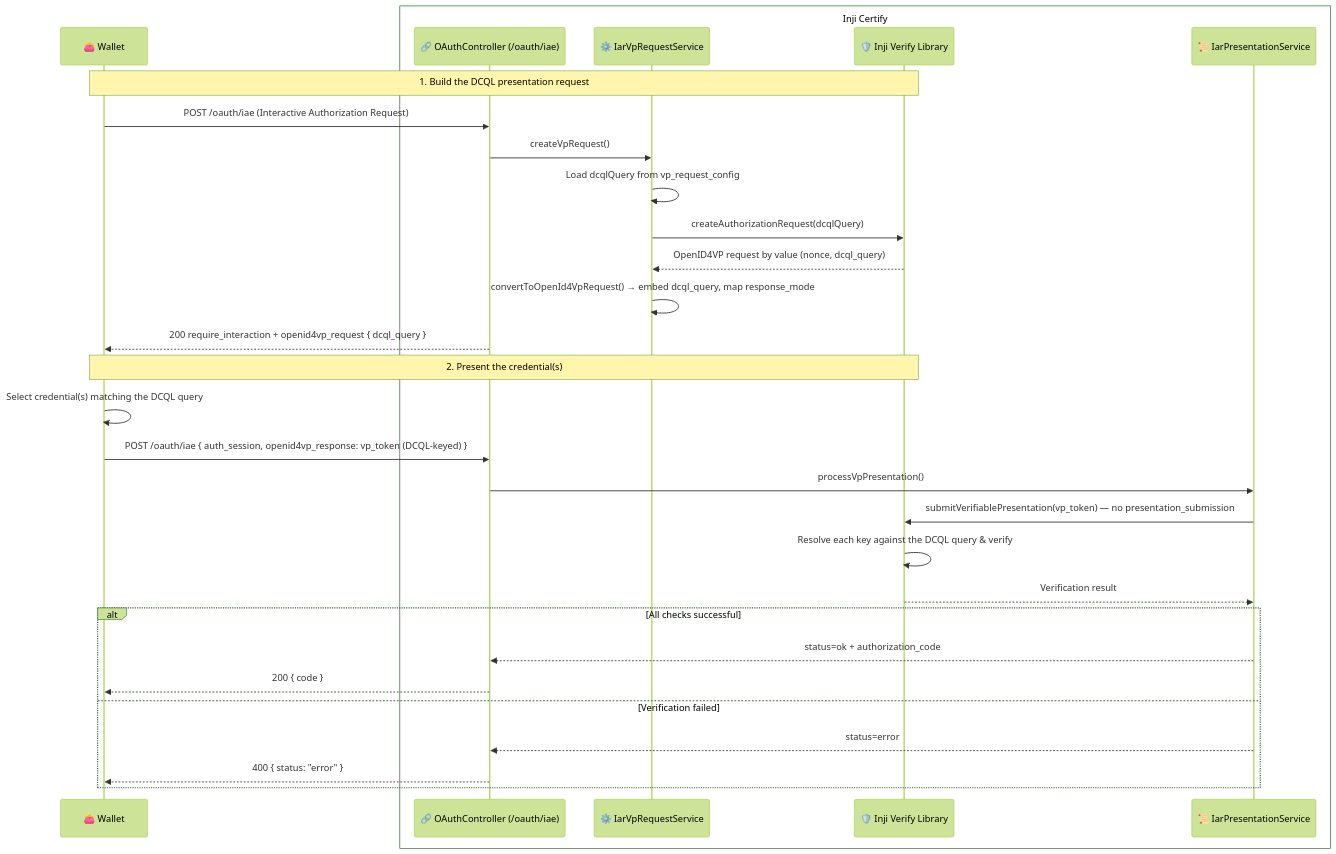
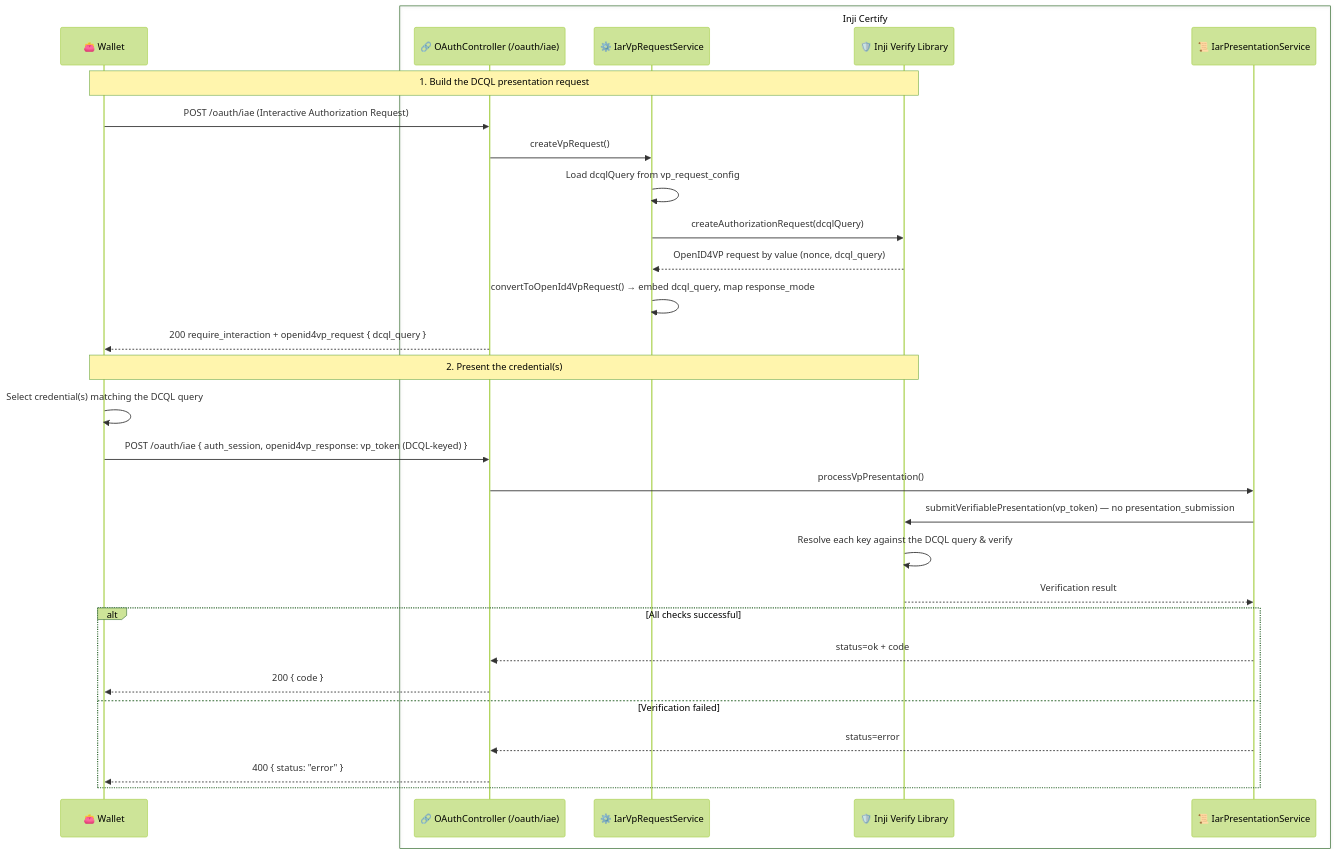
Before and after one commit to Infosys/inji-certify: the diagram in docs/technical_docs/DCQL_Support.md, drawn with Mermaid (forest theme). The commit also changed 1 other file, not shown here.

Commit message:
Address review comments

````diff
--- a/docs/technical_docs/DCQL_Support.md
+++ b/docs/technical_docs/DCQL_Support.md
@@ -112,34 +112,34 @@
 ```mermaid
 sequenceDiagram
     participant W as 👛 Wallet
     box Inji Certify #E6F3FF
     participant OAuth as 🔗 OAuthController (/oauth/iae)
     participant ReqSvc as ⚙️ IarVpRequestService
     participant Verify as 🛡️ Inji Verify Library
     participant PresSvc as 📜 IarPresentationService
     end
 
     Note over W,Verify: 1. Build the DCQL presentation request
     W->>OAuth: POST /oauth/iae (Interactive Authorization Request)
     OAuth->>ReqSvc: createVpRequest()
     ReqSvc->>ReqSvc: Load dcqlQuery from vp_request_config
     ReqSvc->>Verify: createAuthorizationRequest(dcqlQuery)
     Verify-->>ReqSvc: OpenID4VP request by value (nonce, dcql_query)
     ReqSvc->>ReqSvc: convertToOpenId4VpRequest() → embed dcql_query, map response_mode
     OAuth-->>W: 200 require_interaction + openid4vp_request { dcql_query }
 
     Note over W,Verify: 2. Present the credential(s)
     W->>W: Select credential(s) matching the DCQL query
     W->>OAuth: POST /oauth/iae { auth_session, openid4vp_response: vp_token (DCQL-keyed) }
     OAuth->>PresSvc: processVpPresentation()
     PresSvc->>Verify: submitVerifiablePresentation(vp_token) — no presentation_submission
     Verify->>Verify: Resolve each key against the DCQL query & verify
     Verify-->>PresSvc: Verification result
     alt All checks successful
-        PresSvc-->>OAuth: status=ok + authorization_code
+        PresSvc-->>OAuth: status=ok + code
         OAuth-->>W: 200 { code }
     else Verification failed
         PresSvc-->>OAuth: status=error
         OAuth-->>W: 400 { status: "error" }
     end
 ```
````
